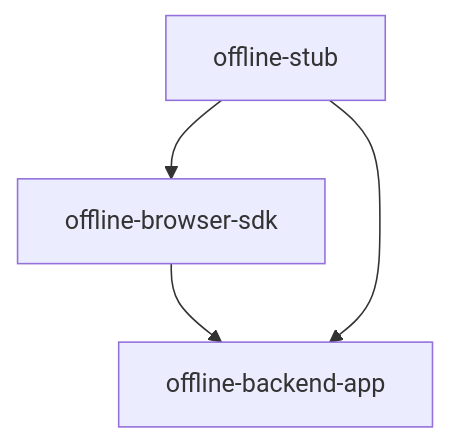
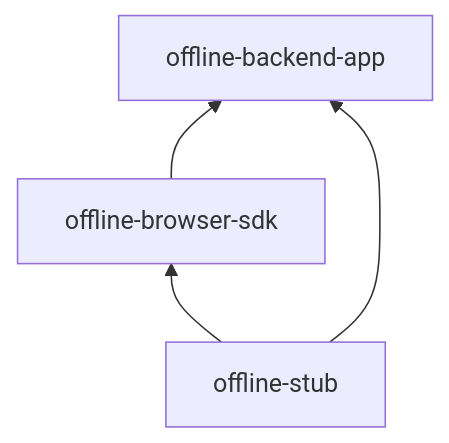
Before and after one commit to kaidouji85/gbraver-burst-network: the third of 3 diagrams in Readme.md, drawn with Mermaid. The commit also changed other lines of this file, not shown here.

Commit message:
docs: update repository structure section and fix mermaid graph direction

````diff
--- a/Readme.md
+++ b/Readme.md
@@ -56,6 +56,6 @@
 ```mermaid
-graph TD;
+graph BT;
     offline-browser-sdk-->offline-backend-app;
     offline-stub-->offline-backend-app;
     offline-stub-->offline-browser-sdk;
 ```
````
